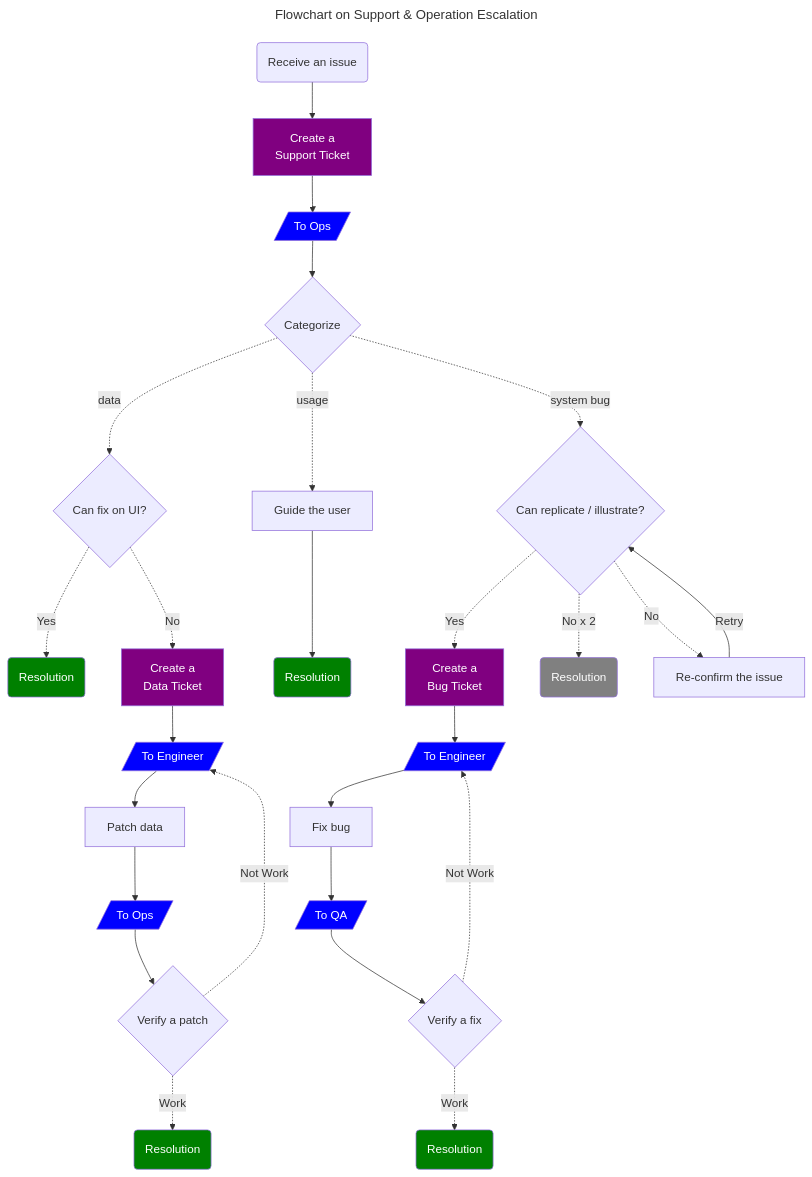
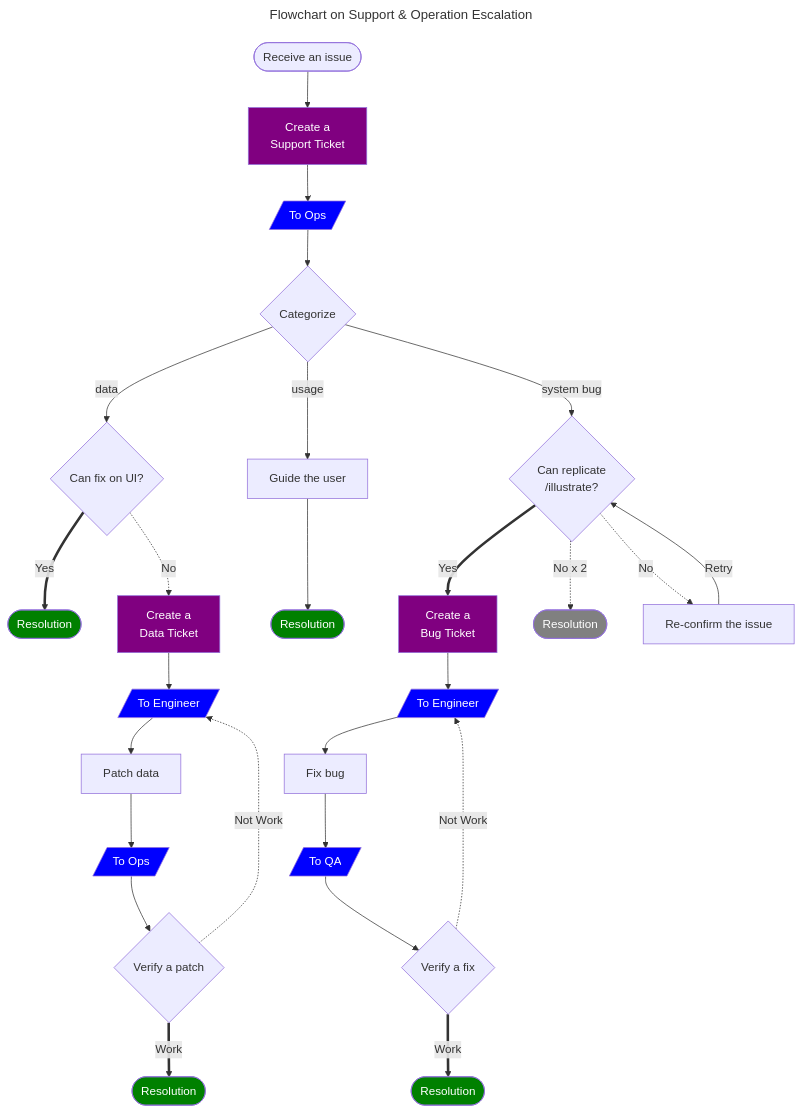
One commit to adamwan-nexplore/guidebook-nxp-hk changed the diagram in how-we-operate/escalation.md. Above: the diagram before and after it, drawn with Mermaid. The commit also changed 10 other files, not shown here.

Commit message:
23 nov: diagram as code & application architecture

````diff
--- a/how-we-operate/escalation.md
+++ b/how-we-operate/escalation.md
@@ -5,57 +5,88 @@
 title: Flowchart on Support & Operation Escalation
 ---
 flowchart
+    %% events
+
+    %% start point / termination points
+    issue([Receive an issue])
+    ui-data-resolution([Resolution])
+    usage-resolution([Resolution])
+    patch-data-resolution([Resolution])
+    fix-resolution([Resolution])
+    not-found-resolution([Resolution])
+
+    %% process
+    support-ticket[Create a\nSupport Ticket]
+    usage-solution[Guide the user]
+    patch-ticket[Create a\nData Ticket]
+    patch-data[Patch data]
+    bug-ticket[Create a \nBug Ticket]
+    fix-bug[Fix bug]
+    reconfirm[Re-confirm the issue]
+
+    %% decision
+    categorize{Categorize}
+    data-solution{Can fix on UI?}
+    system-bugs{Can replicate\n/illustrate?}
+    data-verify{Verify a patch}
+    verify{Verify a fix}
+
+    %% change of operator
+    ops-escalate[/To Ops/]
+    data-ops-escalate[/To Ops/]
+    data-eng-escalate[/To Engineer/]
+    eng-escalate[/To Engineer/]
+    qa-escalate[/To QA/]
+
+    %% style
     style ops-escalate fill:blue,color:#fff
-    
     style data-eng-escalate fill:blue,color:#fff
     style eng-escalate fill:blue,color:#fff
-    
     style qa-escalate fill:blue,color:#fff
     style data-ops-escalate fill:blue,color:#fff
-
     style support-ticket fill:purple,color:#fff
     style patch-ticket fill:purple,color:#fff
     style bug-ticket fill:purple,color:#fff
-
     style ui-data-resolution fill:green,color:#fff
     style usage-resolution fill:green,color:#fff
     style patch-data-resolution fill:green,color:#fff
     style fix-resolution fill:green,color:#fff
     style not-found-resolution fill:gray,color:#fff
 
-    issue(Receive an issue) --> support-ticket
-    support-ticket[Create a\nSupport Ticket] --> ops-escalate
-    ops-escalate[/To Ops/] --> categorize
+    %% assoications
+    issue --> support-ticket
+    support-ticket --> ops-escalate
+    ops-escalate --> categorize
 
-    categorize{Categorize} -.->|data| data-solution{Can fix on UI?}
-    categorize{Categorize} -.->|usage| usage-solution[Guide the user]
-    categorize{Categorize} -.->|system bug| system-bugs{Can replicate / illustrate?}
+    categorize -->|data| data-solution
+    categorize -->|usage| usage-solution
+    categorize -->|system bug| system-bugs
 
-    data-solution -.-> |Yes| ui-data-resolution(Resolution)
+    data-solution ==> |Yes| ui-data-resolution
     data-solution -.-> |No| patch-ticket
 
-    usage-solution --> usage-resolution(Resolution)
+    usage-solution --> usage-resolution
 
-    patch-ticket[Create a\nData Ticket] --> data-eng-escalate
-    data-eng-escalate[/To Engineer/] --> patch-data
-    patch-data[Patch data] --> data-ops-escalate[/To Ops/]
+    patch-ticket --> data-eng-escalate
+    data-eng-escalate --> patch-data
+    patch-data --> data-ops-escalate
 
-    data-ops-escalate --> data-verify{Verify a patch}
+    data-ops-escalate --> data-verify
 
     data-verify -.-> |Not Work| data-eng-escalate
-    data-verify -.-> |Work| patch-data-resolution(Resolution)
+    data-verify ==> |Work| patch-data-resolution
 
-    system-bugs -.->  |Yes| bug-ticket[Create a \nBug Ticket]
+    system-bugs ==>  |Yes| bug-ticket
     bug-ticket --> eng-escalate
-    eng-escalate[/To Engineer/] --> fix-bug
+    eng-escalate --> fix-bug
 
-    fix-bug[Fix bug] --> qa-escalate
-    qa-escalate[/To QA/] --> verify{Verify a fix}
+    fix-bug --> qa-escalate
+    qa-escalate --> verify
 
     verify -.-> |Not Work| eng-escalate
-    verify -.-> |Work| fix-resolution(Resolution)
+    verify ==> |Work| fix-resolution
 
-    system-bugs -.->  |No x 2| not-found-resolution(Resolution)
-    system-bugs -.->  |No| reconfirm[Re-confirm the issue]
+    system-bugs -.->  |No x 2| not-found-resolution
+    system-bugs -.->  |No| reconfirm
     reconfirm --> |Retry| system-bugs
 ```
````
